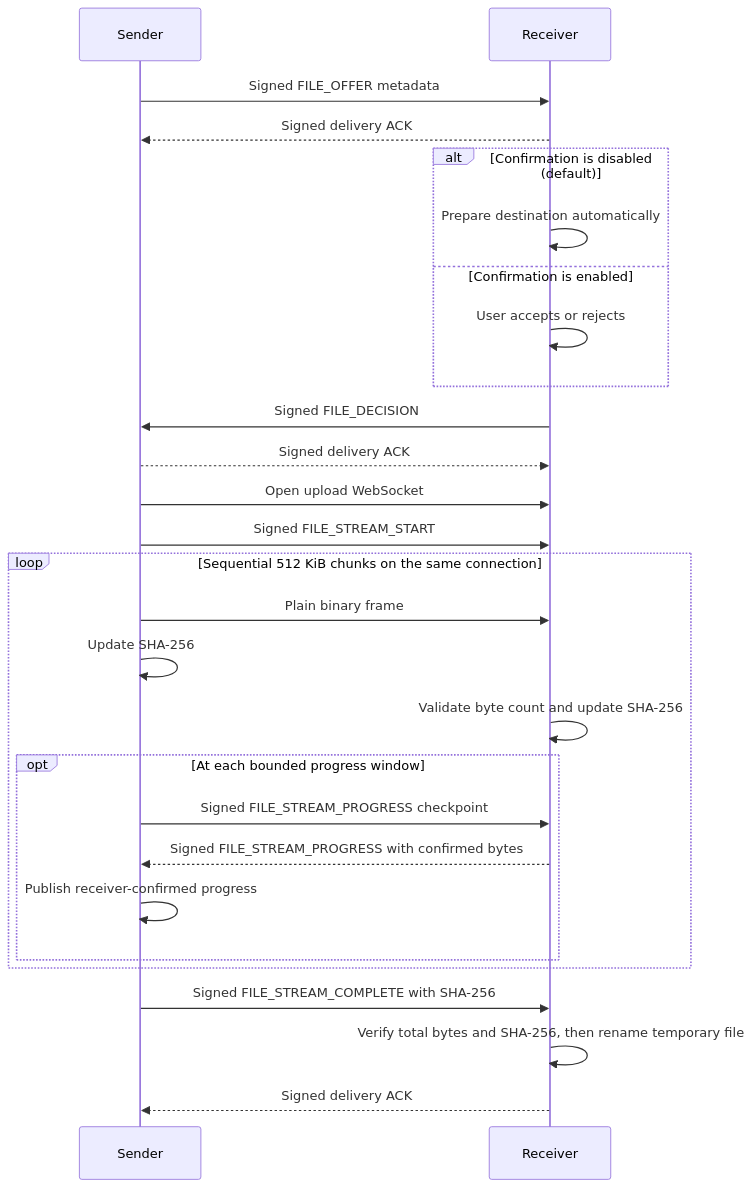
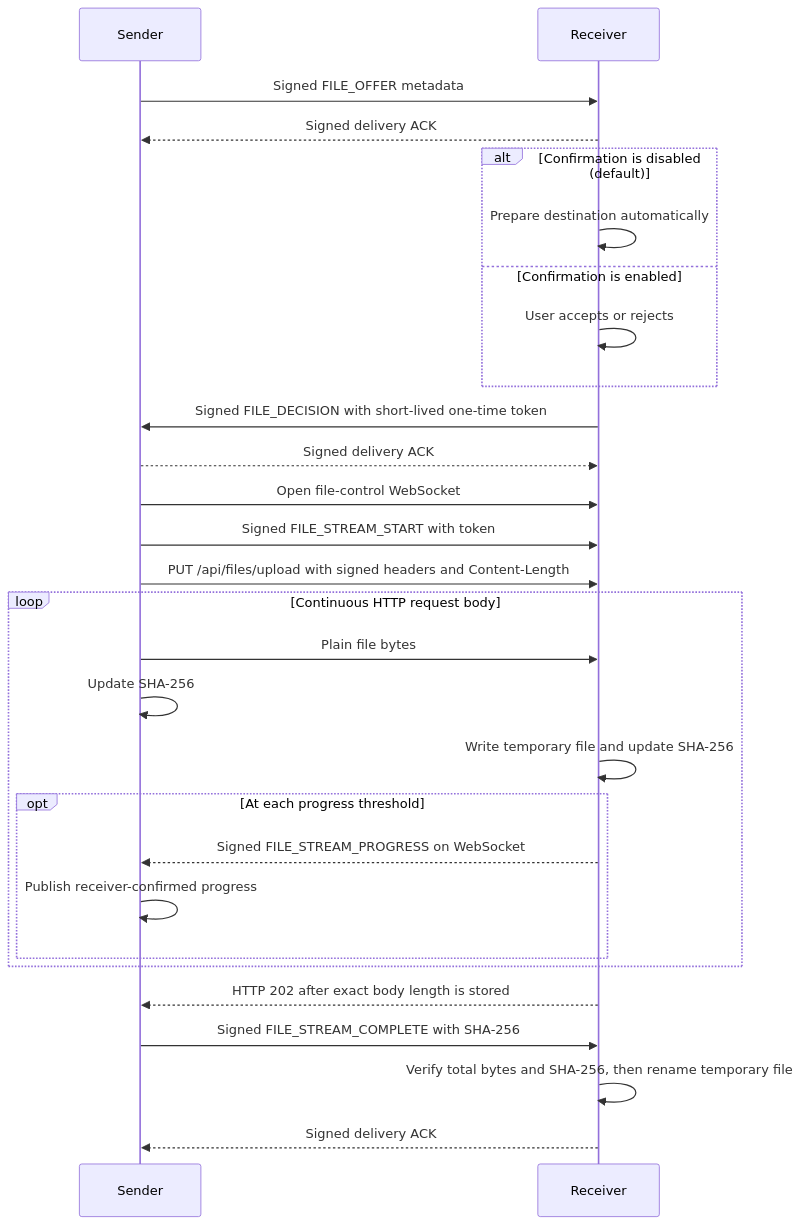
One commit to x2ink/subnetdrop changed the diagram in docs/spec/file-transfer-v1.md. Above: the diagram before and after it, drawn with Mermaid. The commit also changed other lines of this file and 18 other files, not shown here.

````diff
--- a/docs/spec/file-transfer-v1.md
+++ b/docs/spec/file-transfer-v1.md
@@ -62,29 +63,30 @@
 ```mermaid
 sequenceDiagram
     participant S as Sender
     participant R as Receiver
     S->>R: Signed FILE_OFFER metadata
     R-->>S: Signed delivery ACK
     alt Confirmation is disabled (default)
         R->>R: Prepare destination automatically
     else Confirmation is enabled
         R->>R: User accepts or rejects
     end
-    R->>S: Signed FILE_DECISION
+    R->>S: Signed FILE_DECISION with short-lived one-time token
     S-->>R: Signed delivery ACK
-    S->>R: Open upload WebSocket
-    S->>R: Signed FILE_STREAM_START
-    loop Sequential 512 KiB chunks on the same connection
-        S->>R: Plain binary frame
+    S->>R: Open file-control WebSocket
+    S->>R: Signed FILE_STREAM_START with token
+    S->>R: PUT /api/files/upload with signed headers and Content-Length
+    loop Continuous HTTP request body
+        S->>R: Plain file bytes
         S->>S: Update SHA-256
-        R->>R: Validate byte count and update SHA-256
-        opt At each bounded progress window
-            S->>R: Signed FILE_STREAM_PROGRESS checkpoint
-            R-->>S: Signed FILE_STREAM_PROGRESS with confirmed bytes
+        R->>R: Write temporary file and update SHA-256
+        opt At each progress threshold
+            R-->>S: Signed FILE_STREAM_PROGRESS on WebSocket
             S->>S: Publish receiver-confirmed progress
         end
     end
+    R-->>S: HTTP 202 after exact body length is stored
     S->>R: Signed FILE_STREAM_COMPLETE with SHA-256
     R->>R: Verify total bytes and SHA-256, then rename temporary file
     R-->>S: Signed delivery ACK
 ```
````
